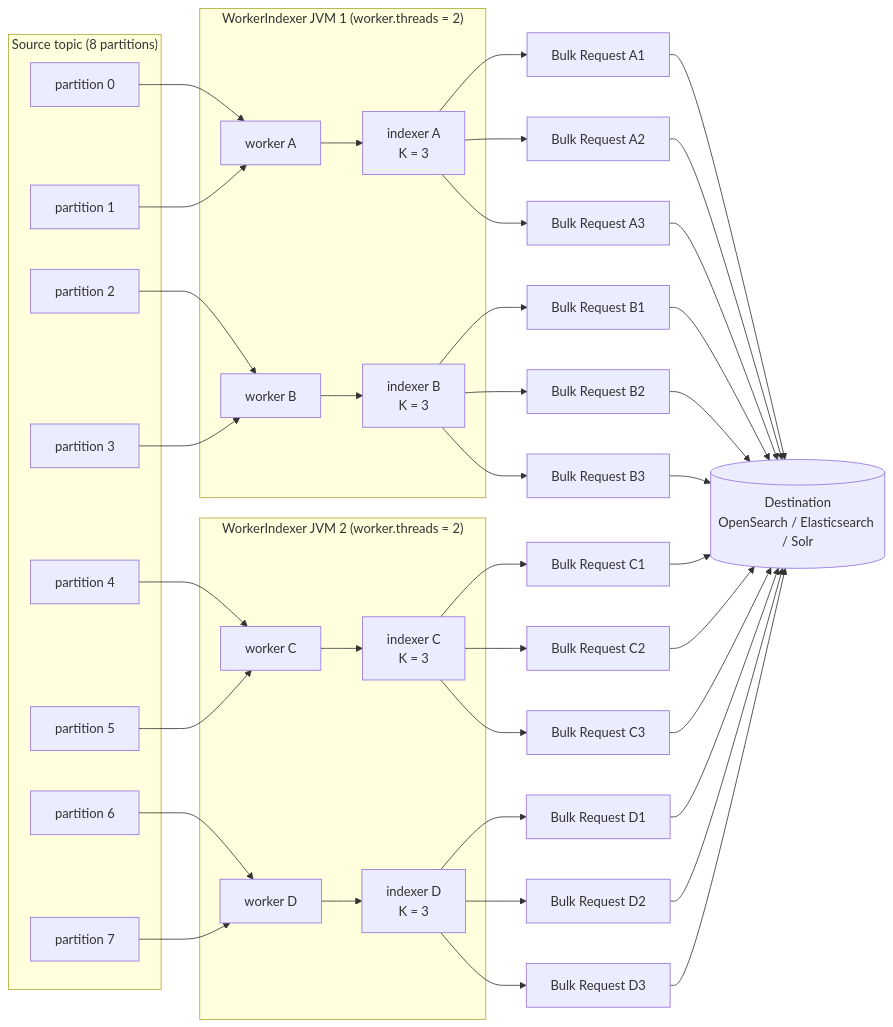
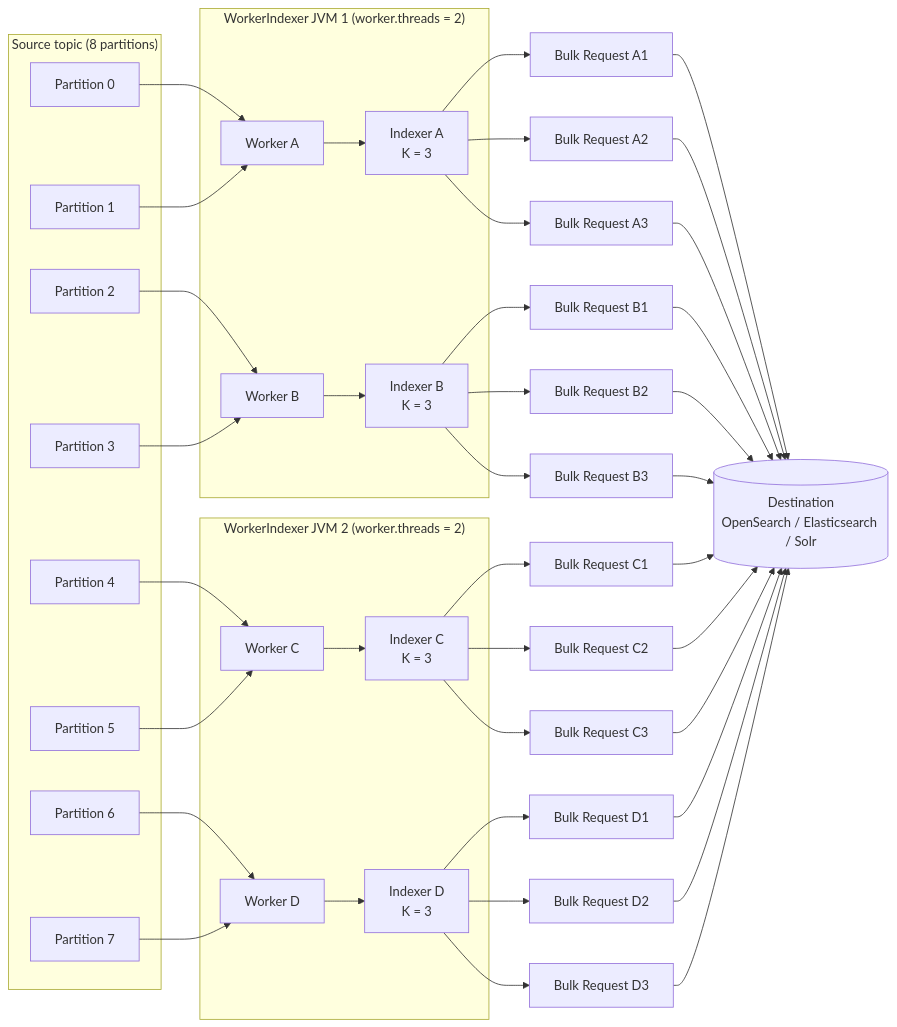
Before and after one commit to kmwtechnology/lucille: the third of 5 diagrams in doc/site/content/en/docs/operations/indexing-throughput/indexing-fan-out.md, drawn with Mermaid. The commit also changed other lines of this file, not shown here.

Commit message:
update diagram labels to begin in uppercase

````diff
--- a/doc/site/content/en/docs/operations/indexing-throughput/indexing-fan-out.md
+++ b/doc/site/content/en/docs/operations/indexing-throughput/indexing-fan-out.md
@@ -131,50 +131,50 @@
 ```mermaid
 flowchart LR
     subgraph SRC["Source topic (8 partitions)"]
-        P0["partition 0"]
-        P1["partition 1"]
-        P2["partition 2"]
-        P3["partition 3"]
-        P4["partition 4"]
-        P5["partition 5"]
-        P6["partition 6"]
-        P7["partition 7"]
+        P0["Partition 0"]
+        P1["Partition 1"]
+        P2["Partition 2"]
+        P3["Partition 3"]
+        P4["Partition 4"]
+        P5["Partition 5"]
+        P6["Partition 6"]
+        P7["Partition 7"]
     end
 
     subgraph JVMA["WorkerIndexer JVM 1 (worker.threads = 2)"]
-        WA0["worker A"] --> IA0["indexer A<br/>K = 3"]
-        WA1["worker B"] --> IA1["indexer B<br/>K = 3"]
+        WA0["Worker A"] --> IA0["Indexer A<br/>K = 3"]
+        WA1["Worker B"] --> IA1["Indexer B<br/>K = 3"]
     end
 
     subgraph JVMB["WorkerIndexer JVM 2 (worker.threads = 2)"]
-        WB0["worker C"] --> IB0["indexer C<br/>K = 3"]
-        WB1["worker D"] --> IB1["indexer D<br/>K = 3"]
+        WB0["Worker C"] --> IB0["Indexer C<br/>K = 3"]
+        WB1["Worker D"] --> IB1["Indexer D<br/>K = 3"]
     end
 
     IA0 --> RA01["Bulk Request A1"] --> DEST
     IA0 --> RA02["Bulk Request A2"] --> DEST
     IA0 --> RA03["Bulk Request A3"] --> DEST
 
     IA1 --> RA11["Bulk Request B1"] --> DEST
     IA1 --> RA12["Bulk Request B2"] --> DEST
     IA1 --> RA13["Bulk Request B3"] --> DEST
 
     IB0 --> RB01["Bulk Request C1"] --> DEST
     IB0 --> RB02["Bulk Request C2"] --> DEST
     IB0 --> RB03["Bulk Request C3"] --> DEST
 
     IB1 --> RB11["Bulk Request D1"] --> DEST
     IB1 --> RB12["Bulk Request D2"] --> DEST
     IB1 --> RB13["Bulk Request D3"] --> DEST
 
     DEST[("Destination<br/>OpenSearch / Elasticsearch / Solr")]
 
     P0 --> WA0
     P1 --> WA0
     P2 --> WA1
     P3 --> WA1
     P4 --> WB0
     P5 --> WB0
     P6 --> WB1
     P7 --> WB1
 ```
````
